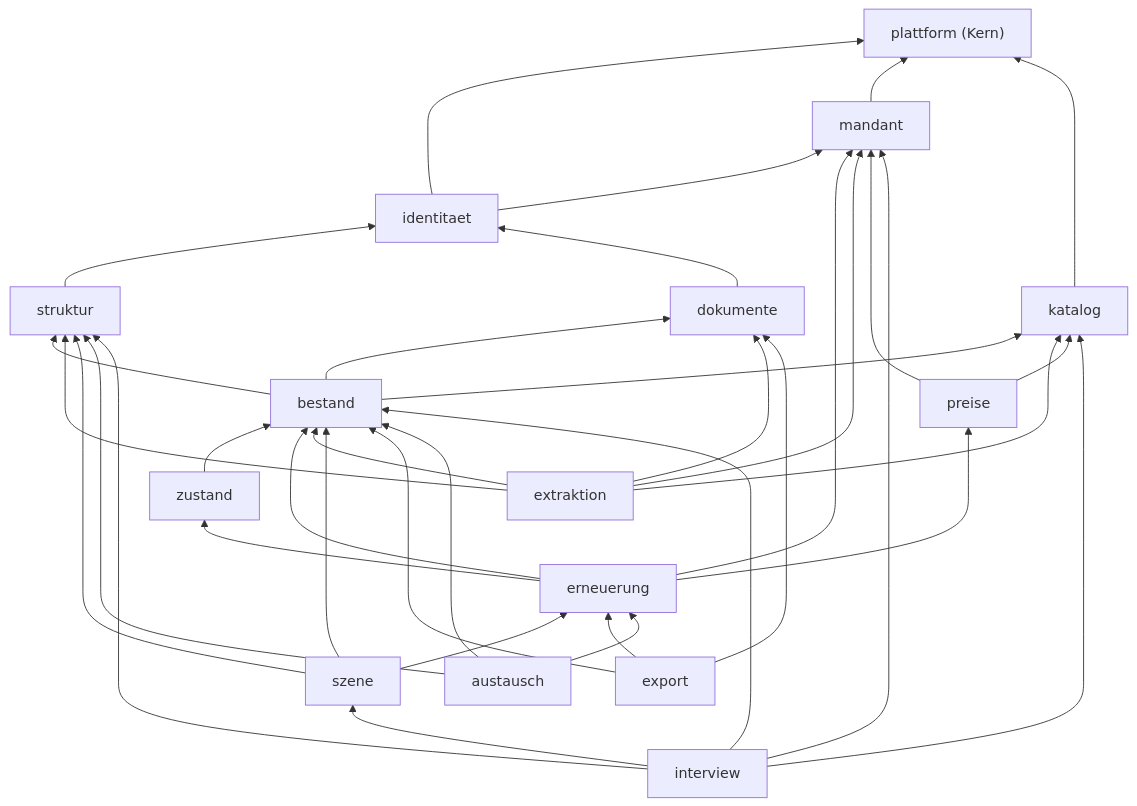
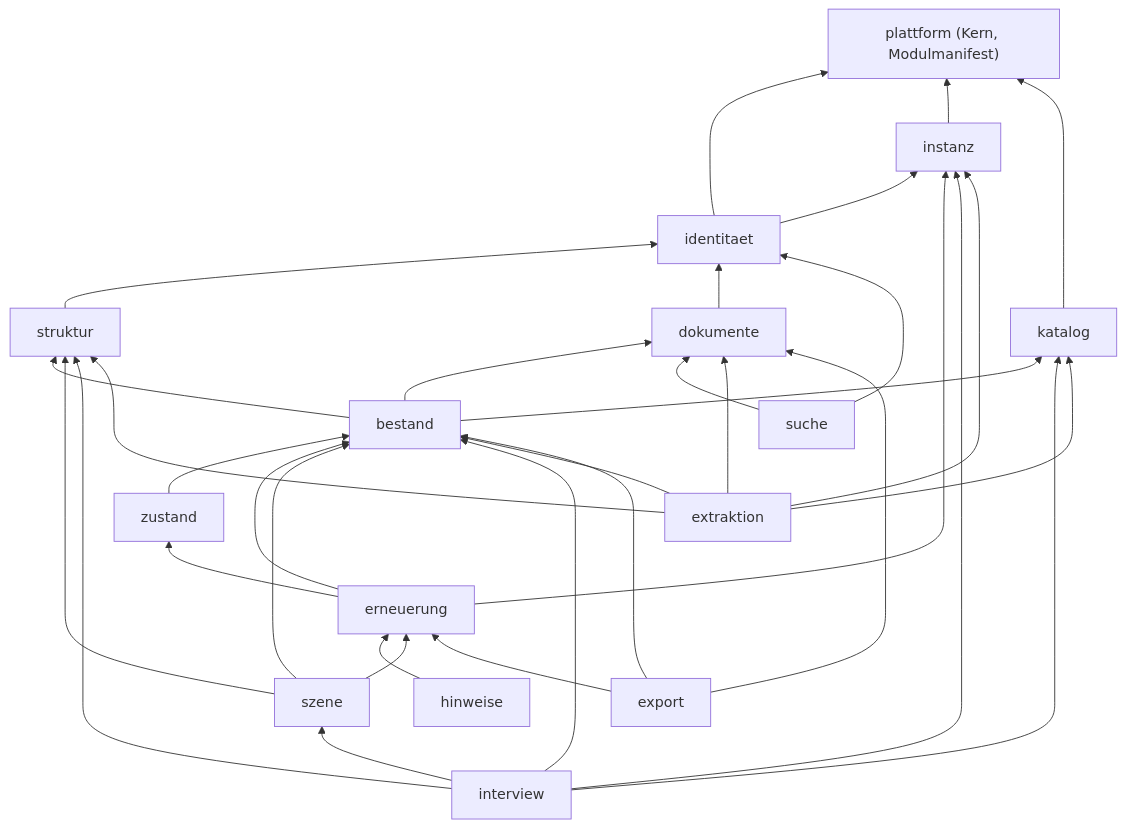
The third of 7 diagrams in docs/architektur/03-architektur.md (mattarge04-gif/Planora), drawn with Mermaid before and after one commit. The commit also changed other lines of this file, not shown here.

````diff
--- a/docs/architektur/03-architektur.md
+++ b/docs/architektur/03-architektur.md
@@ -139,39 +157,36 @@
 ```mermaid
 flowchart BT
-  plattform["plattform (Kern)"]
+  plattform["plattform (Kern, Modulmanifest)"]
   identitaet --> plattform
-  mandant --> plattform
-  identitaet --> mandant
+  instanz --> plattform
+  identitaet --> instanz
   katalog --> plattform
   struktur --> identitaet
   dokumente --> identitaet
   bestand --> struktur
   bestand --> katalog
   bestand --> dokumente
   zustand --> bestand
   erneuerung --> bestand
   erneuerung --> zustand
-  erneuerung --> mandant
+  erneuerung --> instanz
+  hinweise --> erneuerung
+  szene --> struktur
+  szene --> bestand
+  szene --> erneuerung
+  interview --> struktur
+  interview --> bestand
+  interview --> katalog
+  interview --> instanz
+  interview --> szene
+  suche --> dokumente
+  suche --> identitaet
   extraktion --> dokumente
   extraktion --> bestand
   extraktion --> struktur
   extraktion --> katalog
-  extraktion --> mandant
-  szene --> struktur
-  szene --> bestand
-  szene --> erneuerung
+  extraktion --> instanz
   export --> erneuerung
   export --> bestand
   export --> dokumente
-  preise --> katalog
-  preise --> mandant
-  erneuerung --> preise
-  austausch --> bestand
-  austausch --> struktur
-  austausch --> erneuerung
-  interview --> struktur
-  interview --> bestand
-  interview --> katalog
-  interview --> mandant
-  interview --> szene
 ```
````
